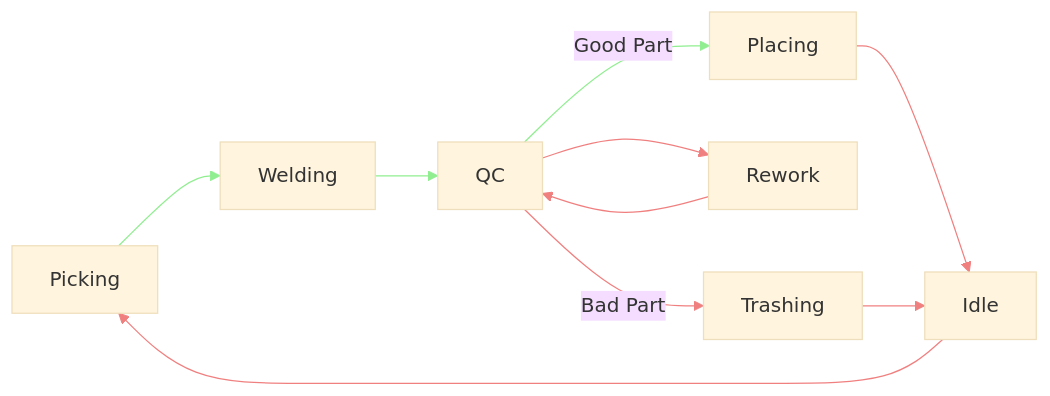
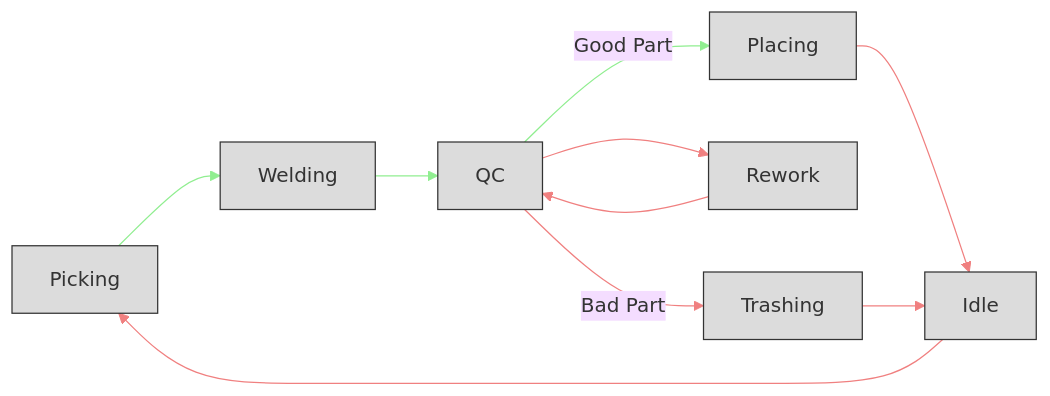
One commit to claret-srl/ROMANTIG changed the first of 2 diagrams in README.md. Above: the diagram before and after it, drawn with Mermaid (base theme). The commit also changed other lines of this file, not shown here.

````diff
--- a/README.md
+++ b/README.md
@@ -66,13 +66,15 @@
 ```mermaid
 flowchart LR
     Picking --> Welding --> QC
     QC -- Good Part --> Placing
     QC --> Rework --> QC
     QC -- Bad Part --> Trashing
     Placing & Trashing --> Idle --> Picking
 
+classDef Gainsboro fill:Gainsboro,stroke:#333,color:#333
+
 class Picking,Placing,QC,Welding,upTime,Idle,Trashing,Rework,QC_Rework Gainsboro
 
-linkStyle 0,1,2 stroke:lightgreen;
+linkStyle 0,1,2 stroke:lightgreen,border-color:lightgreen;
 linkStyle 3,4,5,6,7,8 stroke:LightCoral;
 ```
````
